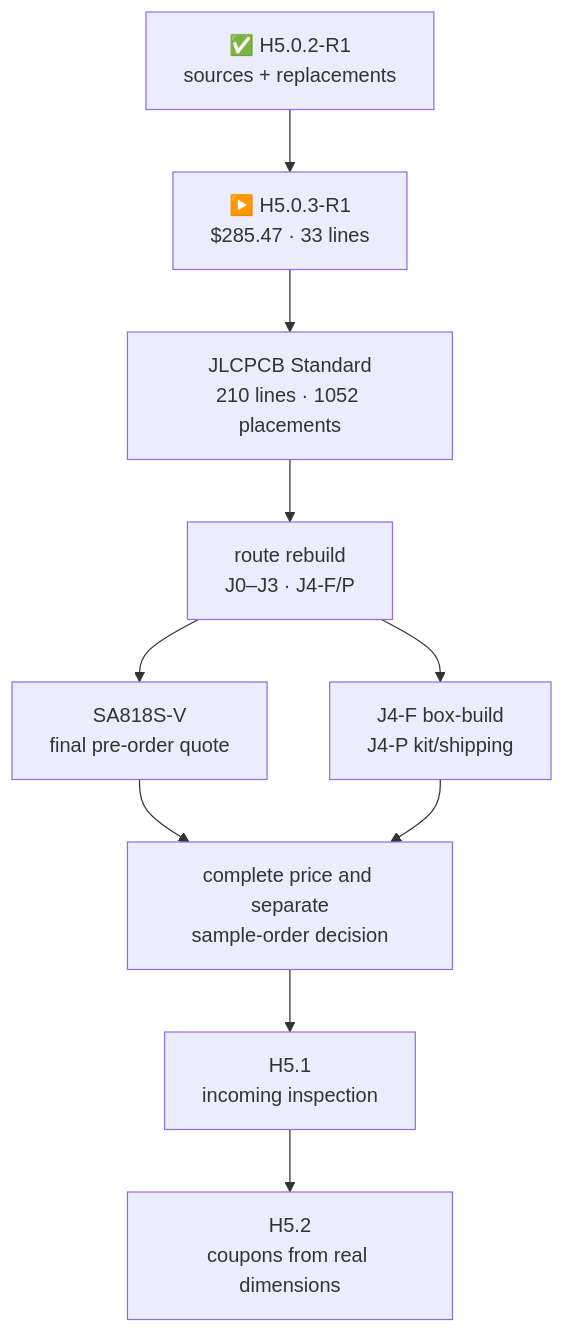
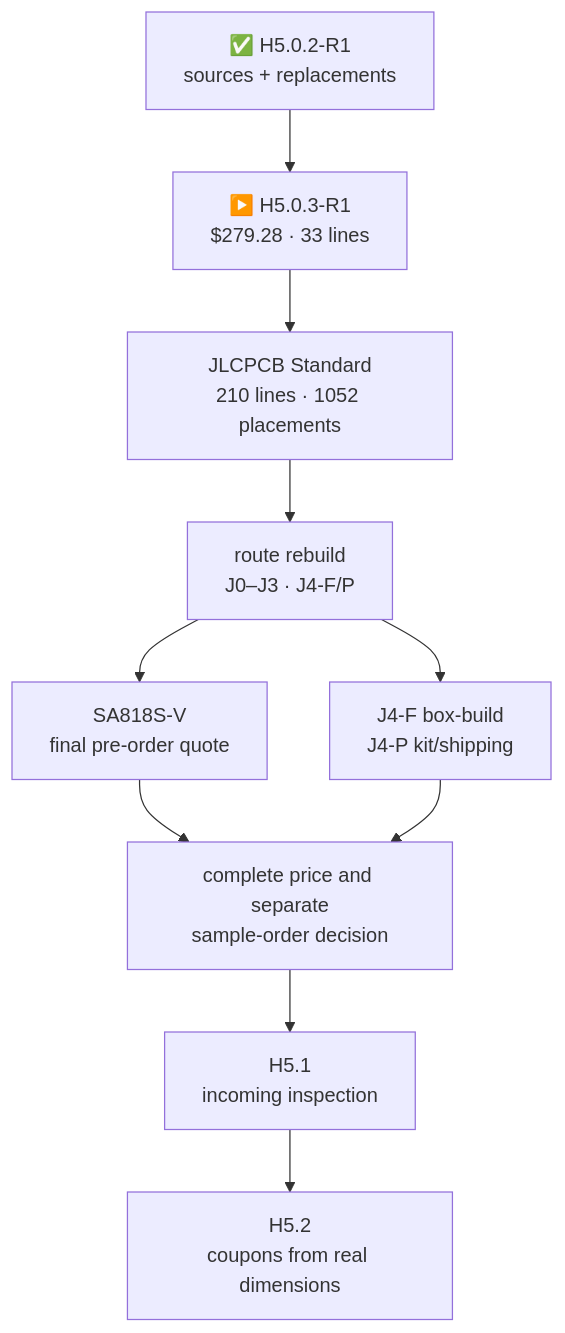
The diagram in docs/component-sample-basket.md (anton-vinogradov/esp32-leshy2), drawn with Mermaid before and after one commit. The commit also changed other lines of this file and 88 other files, not shown here.

````diff
--- a/docs/component-sample-basket.md
+++ b/docs/component-sample-basket.md
@@ -7,12 +7,12 @@
 ```mermaid
 flowchart TD
-  R["✅ H5.0.2-R1<br/>sources + replacements"] --> B["▶️ H5.0.3-R1<br/>$285.47 · 33 lines"]
+  R["✅ H5.0.2-R1<br/>sources + replacements"] --> B["▶️ H5.0.3-R1<br/>$279.28 · 33 lines"]
   B --> P["JLCPCB Standard<br/>210 lines · 1052 placements"]
   P --> Q["route rebuild<br/>J0–J3 · J4-F/P"]
   Q --> S["SA818S-V<br/>final pre-order quote"]
   Q --> X["J4-F box-build<br/>J4-P kit/shipping"]
   S --> A["complete price and separate<br/>sample-order decision"]
   X --> A
   A --> H51["H5.1<br/>incoming inspection"]
   H51 --> H52["H5.2<br/>coupons from real dimensions"]
 ```
````
